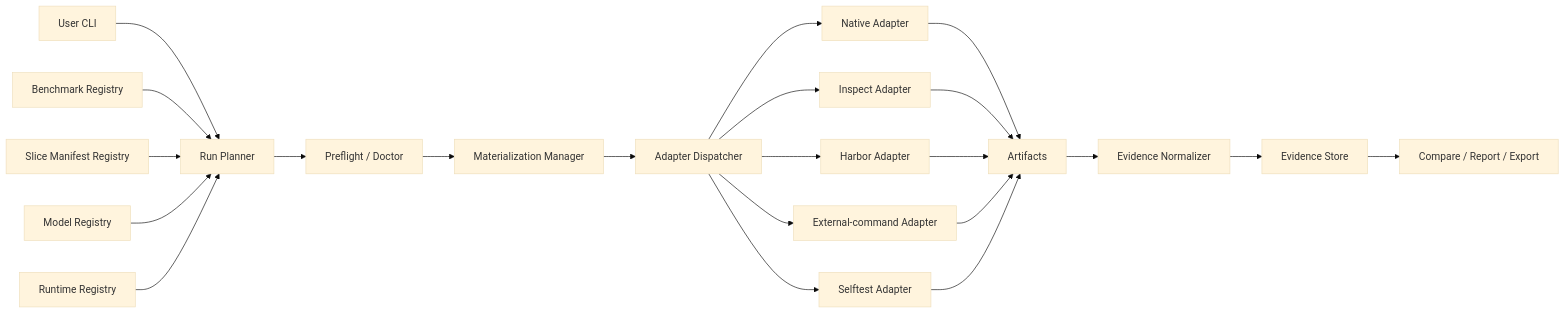
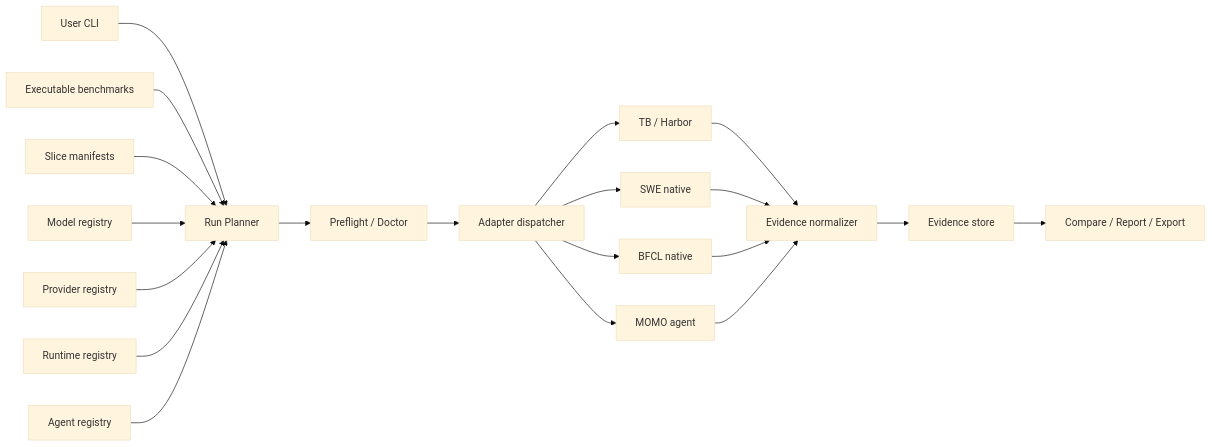
Before and after one commit to Lyther/BenchEval: the diagram in docs/architecture.md, drawn with Mermaid (base theme). The commit also changed other lines of this file and 323 other files, not shown here.

````diff
--- a/docs/architecture.md
+++ b/docs/architecture.md
@@ -48,28 +47,25 @@
 ```mermaid
 flowchart LR
     U[User CLI] --> BP[Run Planner]
-    BR[Benchmark Registry] --> BP
-    SM[Slice Manifest Registry] --> BP
-    MR[Model Registry] --> BP
-    RR[Runtime Registry] --> BP
+    BR[Executable benchmarks] --> BP
+    SM[Slice manifests] --> BP
+    MR[Model registry] --> BP
+    PR[Provider registry] --> BP
+    RR[Runtime registry] --> BP
+    AG[Agent registry] --> BP
 
     BP --> PF[Preflight / Doctor]
-    PF --> MM[Materialization Manager]
-    MM --> AD[Adapter Dispatcher]
+    PF --> AD[Adapter dispatcher]
 
-    AD --> A1[Native Adapter]
-    AD --> A2[Inspect Adapter]
-    AD --> A3[Harbor Adapter]
-    AD --> A4[External-command Adapter]
-    AD --> A5[Selftest Adapter]
+    AD --> A1[TB / Harbor]
+    AD --> A2[SWE native]
+    AD --> A3[BFCL native]
+    AD --> A4[MOMO agent]
 
-    A1 --> AR[Artifacts]
-    A2 --> AR
-    A3 --> AR
-    A4 --> AR
-    A5 --> AR
-
-    AR --> EN[Evidence Normalizer]
-    EN --> ES[Evidence Store]
+    A1 --> EN[Evidence normalizer]
+    A2 --> EN
+    A3 --> EN
+    A4 --> EN
+    EN --> ES[Evidence store]
     ES --> CP[Compare / Report / Export]
 ```
````
